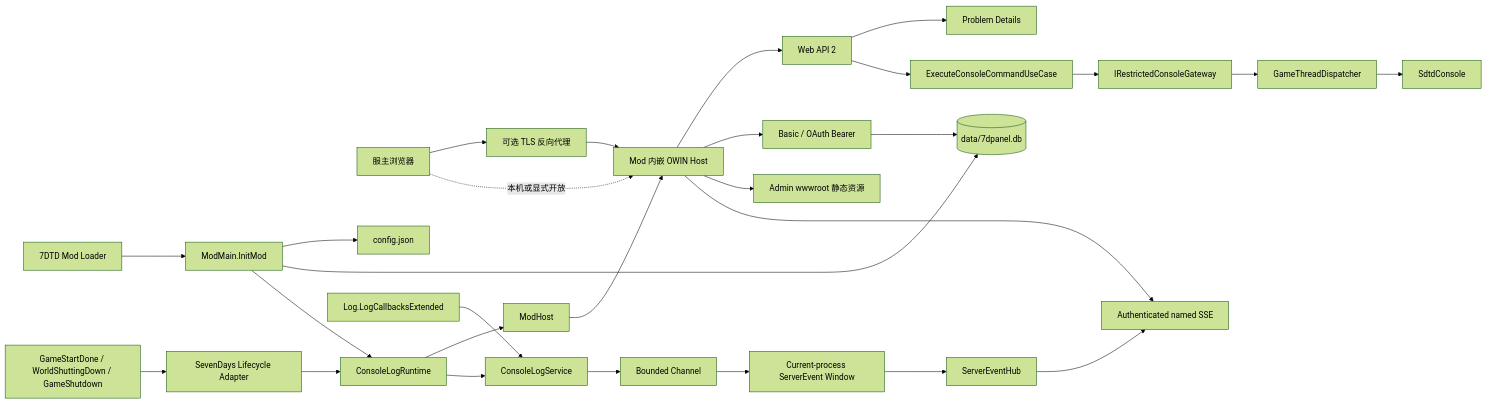
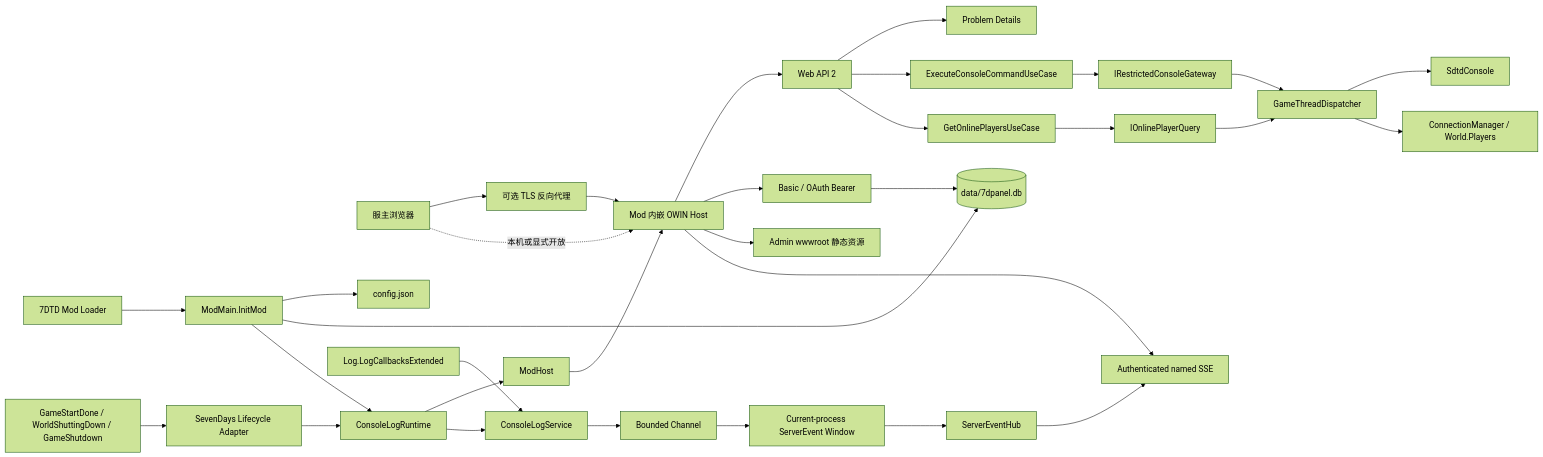
The diagram in docs/architecture.md (IceCoffee1024/7dpanel-legacy), drawn with Mermaid (forest theme) before and after one commit. The commit also changed other lines of this file and 21 other files, not shown here.

Commit message:
feat(backend): add online player query

````diff
--- a/docs/architecture.md
+++ b/docs/architecture.md
@@ -20,30 +20,34 @@
 ```mermaid
 flowchart LR
     Browser[服主浏览器] --> Proxy[可选 TLS 反向代理]
     Proxy --> Host[Mod 内嵌 OWIN Host]
     Browser -. 本机或显式开放 .-> Host
     Host --> Api[Web API 2]
     Host --> Auth[Basic / OAuth Bearer]
     Api --> Problem[Problem Details]
     Host --> Static[Admin wwwroot 静态资源]
     ModLoader[7DTD Mod Loader] --> Bootstrap[ModMain.InitMod]
     Bootstrap --> Config[config.json]
     Bootstrap --> Database[(data/7dpanel.db)]
     Bootstrap --> Runtime[ConsoleLogRuntime]
     Runtime --> ModHost
     ModHost --> Host
     GameEvents[GameStartDone / WorldShuttingDown / GameShutdown] --> Lifecycle[SevenDays Lifecycle Adapter]
     Lifecycle --> Runtime
     GameLogs[Log.LogCallbacksExtended] --> LogService[ConsoleLogService]
     LogService --> LogQueue[Bounded Channel]
     LogQueue --> EventWindow[Current-process ServerEvent Window]
     EventWindow --> EventHub[ServerEventHub]
     EventHub --> Sse[Authenticated named SSE]
     Host --> Sse
     Auth --> Database
     Runtime --> LogService
     Api --> Application[ExecuteConsoleCommandUseCase]
     Application --> ConsolePort[IRestrictedConsoleGateway]
     ConsolePort --> Dispatcher[GameThreadDispatcher]
     Dispatcher --> GameConsole[SdtdConsole]
+    Api --> PlayerUseCase[GetOnlinePlayersUseCase]
+    PlayerUseCase --> PlayerPort[IOnlinePlayerQuery]
+    PlayerPort --> Dispatcher
+    Dispatcher --> LivePlayers[ConnectionManager / World.Players]
 ```
````
